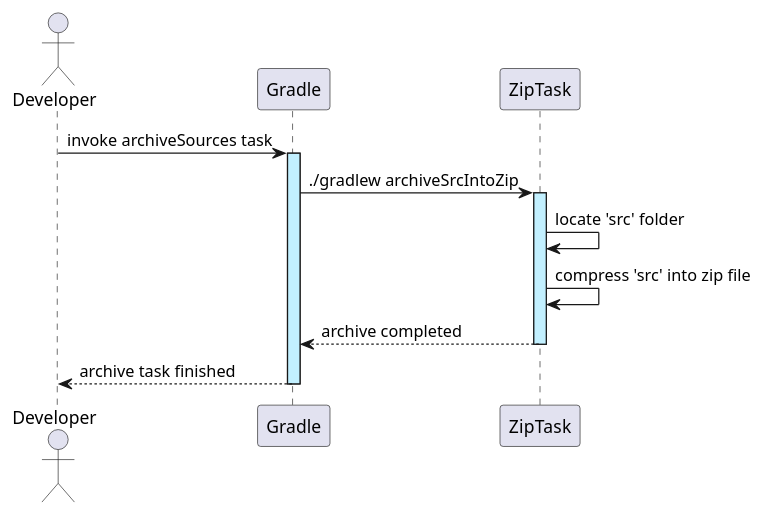
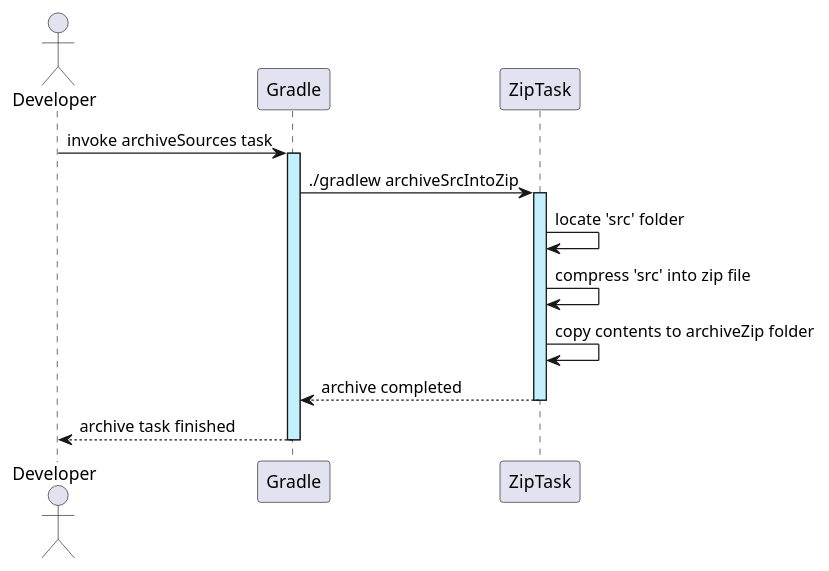
Before and after one commit to implaymo/devops-24-25-1241908: the diagram in CA1/part2/Diagrams_part2/sequence_diagram_zipArchive.puml, drawn with PlantUML.

Commit message:
Add step to sequence diagram

```diff
--- a/CA1/part2/Diagrams_part2/sequence_diagram_zipArchive.puml
+++ b/CA1/part2/Diagrams_part2/sequence_diagram_zipArchive.puml
@@ -1,18 +1,19 @@
 @startuml Archive_Task_Sequence
 skinparam sequence {
   LifeLineBackgroundColor #application
 }
 
 actor Developer as D
 participant "Gradle" as G
 participant "ZipTask" as ZT
 
 
 
 D -> G ++: invoke archiveSources task
 G -> ZT ++: ./gradlew archiveSrcIntoZip
 ZT -> ZT: locate 'src' folder
 ZT -> ZT: compress 'src' into zip file
+ZT -> ZT: copy contents to archiveZip folder
 ZT --> G --: archive completed
 G --> D --: archive task finished
 @enduml
```
